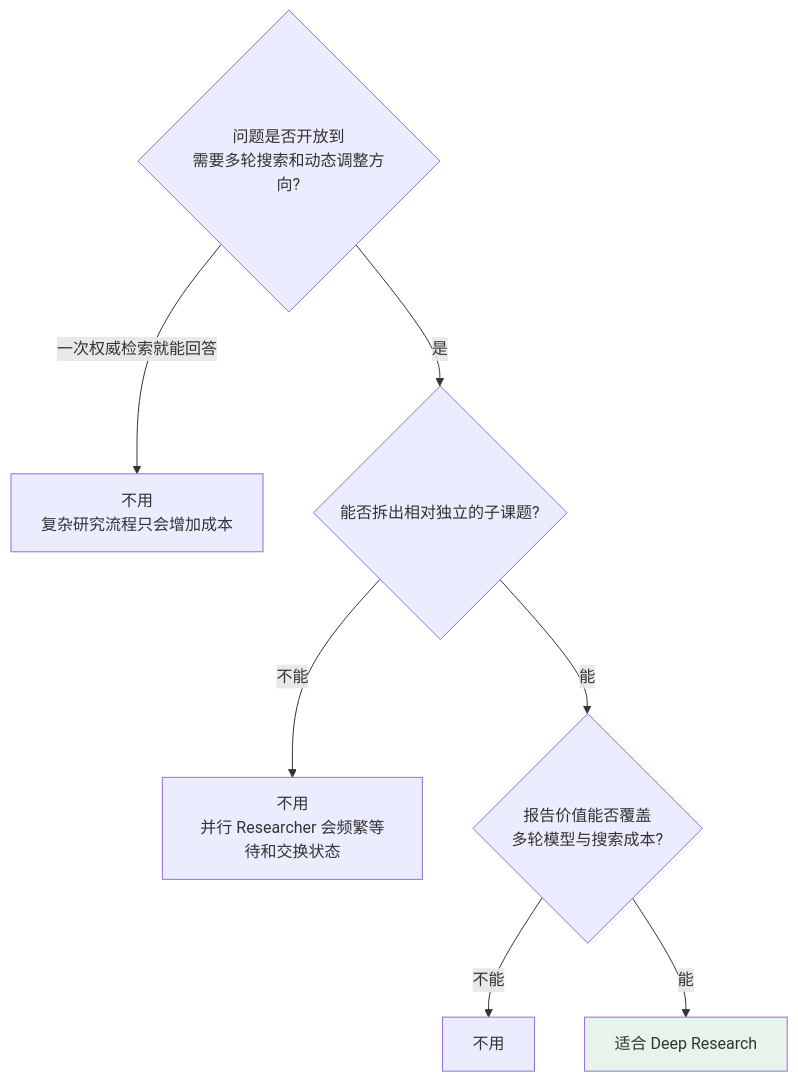
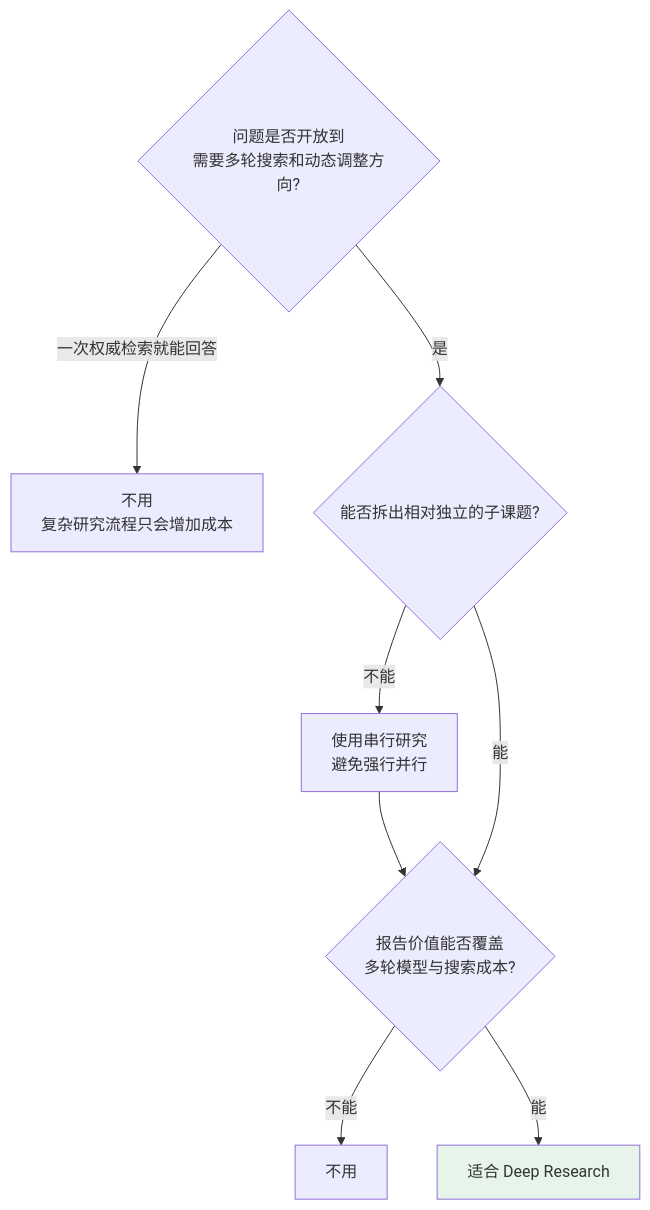
The third of 3 diagrams in docs/frameworks/01-langchain/05-production/12-deep-research.md (oneleaveknowsthefall/awesome-ai-roadmap), drawn with Mermaid before and after one commit. The commit also changed other lines of this file and 61 other files, not shown here.

````diff
--- a/docs/frameworks/01-langchain/05-production/12-deep-research.md
+++ b/docs/frameworks/01-langchain/05-production/12-deep-research.md
@@ -141,12 +151,13 @@
 ```mermaid
 flowchart TB
     Q1{"问题是否开放到<br/>需要多轮搜索和动态调整方向?"}
     Q1 -->|一次权威检索就能回答| N1["不用<br/>复杂研究流程只会增加成本"]
     Q1 -->|是| Q2{"能否拆出相对独立的子课题?"}
-    Q2 -->|不能| N2["不用<br/>并行 Researcher 会频繁等待和交换状态"]
+    Q2 -->|不能| N2["使用串行研究<br/>避免强行并行"]
+    N2 --> Q3
     Q2 -->|能| Q3{"报告价值能否覆盖<br/>多轮模型与搜索成本?"}
     Q3 -->|不能| N3["不用"]
     Q3 -->|能| Y["适合 Deep Research"]
 
     style Y fill:#e6f4ea
 ```
````
